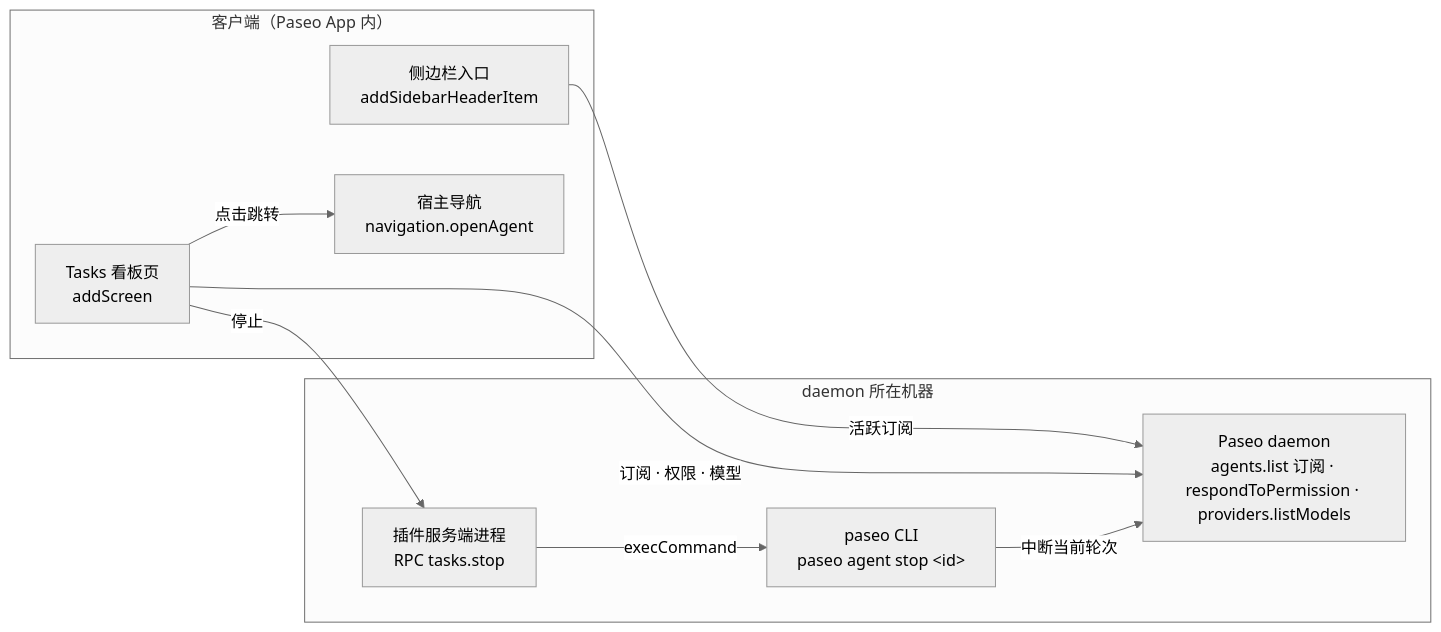
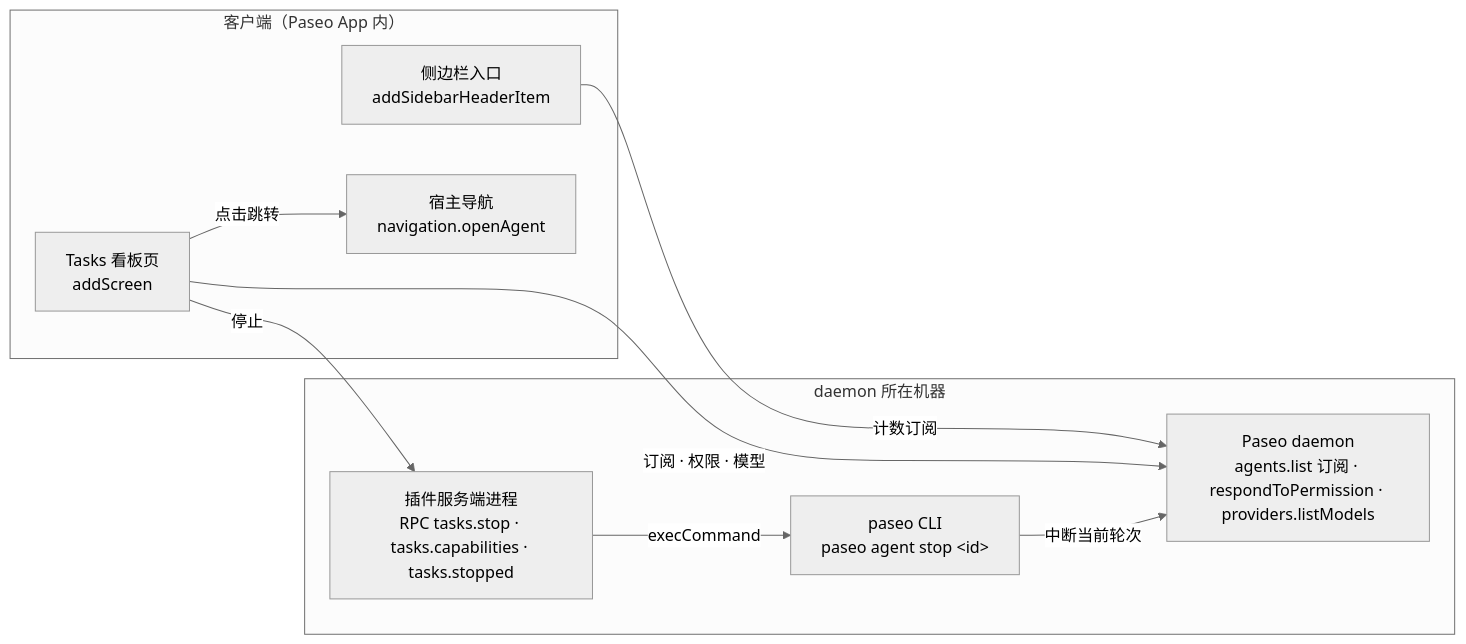
The diagram in docs/tasks-board.md (RoundRedDot/better-paseo), drawn with Mermaid (neutral theme) before and after one commit. The commit also changed other lines of this file and 1 other file, not shown here.

First line of the commit message:
docs: align the Tasks board plan with the board as built

````diff
--- a/docs/tasks-board.md
+++ b/docs/tasks-board.md
@@ -230,19 +260,19 @@
 ```mermaid
 flowchart LR
   subgraph client["客户端（Paseo App 内）"]
     sidebar["侧边栏入口<br/>addSidebarHeaderItem"]
     board["Tasks 看板页<br/>addScreen"]
     nav["宿主导航<br/>navigation.openAgent"]
   end
   subgraph host["daemon 所在机器"]
     daemon["Paseo daemon<br/>agents.list 订阅 · respondToPermission · providers.listModels"]
-    server["插件服务端进程<br/>RPC tasks.stop"]
+    server["插件服务端进程<br/>RPC tasks.stop · tasks.capabilities · tasks.stopped"]
     cli["paseo CLI<br/>paseo agent stop &lt;id&gt;"]
   end
-  sidebar -- 活跃订阅 --> daemon
+  sidebar -- 计数订阅 --> daemon
   board -- 订阅 · 权限 · 模型 --> daemon
   board -- 停止 --> server
   board -- 点击跳转 --> nav
   server -- execCommand --> cli
   cli -- 中断当前轮次 --> daemon
 ```
````
